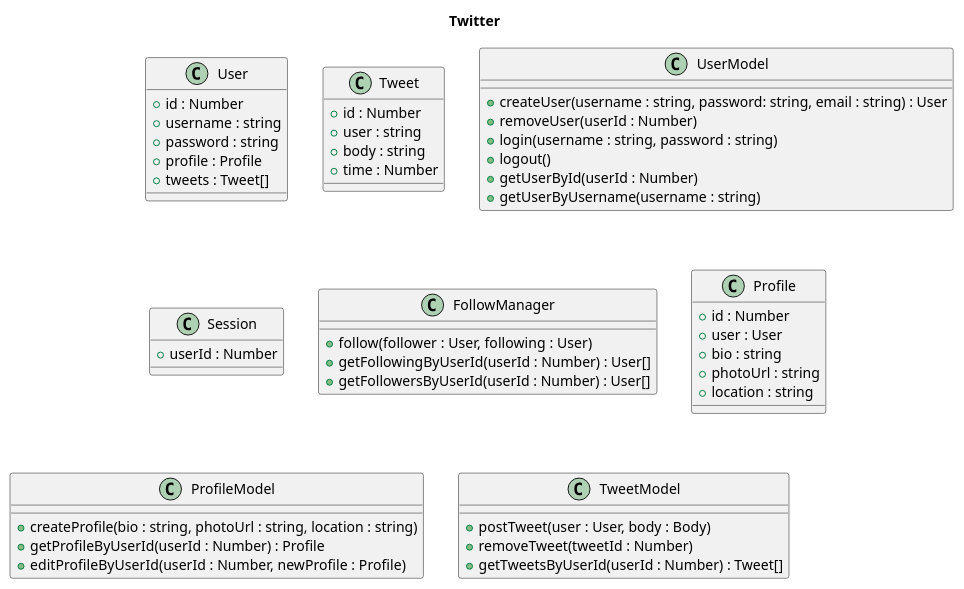
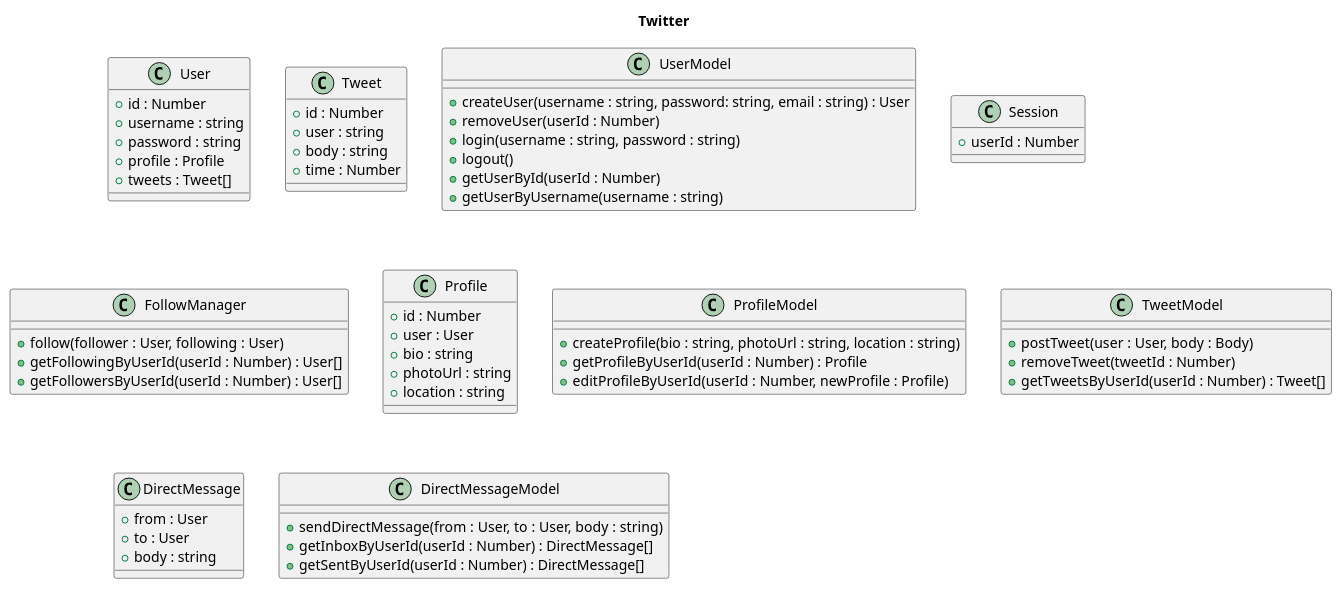
The diagram in model/classDiagram.plantuml (tart-summer-camp-2011/fe201), drawn with PlantUML before and after one commit.

Commit message:
added DirectMessage and DirectMessageModel class definitions to class diagram

```diff
--- a/model/classDiagram.plantuml
+++ b/model/classDiagram.plantuml
@@ -1,58 +1,70 @@
 @startuml
 title Twitter
 
 class User {
 	+ id : Number
 	+ username : string
 	+ password : string
 	+ profile : Profile
 	+ tweets : Tweet[]
 }
 
 class Tweet {
 	+ id : Number
 	+ user : string
 	+ body : string
 	+ time : Number
 }
 
 class UserModel {
 	+ createUser(username : string, password: string, email : string) : User
 	+ removeUser(userId : Number)
 	+ login(username : string, password : string)
 	+ logout()
 	+ getUserById(userId : Number)
 	+ getUserByUsername(username : string)
 }
 
 class Session {
 	+ userId : Number
 }
 
 class FollowManager {
 	+ follow(follower : User, following : User)
 	+ getFollowingByUserId(userId : Number) : User[]
 	+ getFollowersByUserId(userId : Number) : User[]
 }
 
 class Profile {
 	+ id : Number
 	+ user : User
 	+ bio : string
 	+ photoUrl : string
 	+ location : string
 }
 
 class ProfileModel {
 	+ createProfile(bio : string, photoUrl : string, location : string)
 	+ getProfileByUserId(userId : Number) : Profile
 	+ editProfileByUserId(userId : Number, newProfile : Profile)
 }
 
 class TweetModel {
 	+ postTweet(user : User, body : Body)
 	+ removeTweet(tweetId : Number)
 	+ getTweetsByUserId(userId : Number) : Tweet[]
 }
 
+class DirectMessage {
+	+ from : User
+	+ to : User
+	+ body : string
+}
+
+class DirectMessageModel {
+	+ sendDirectMessage(from : User, to : User, body : string)
+	+ getInboxByUserId(userId : Number) : DirectMessage[]
+	+ getSentByUserId(userId : Number) : DirectMessage[]
+}
+
 @enduml
```
